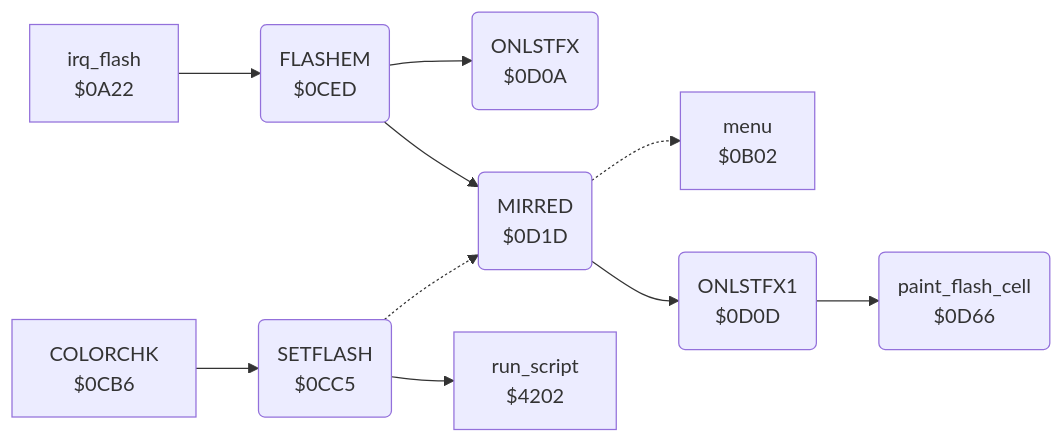
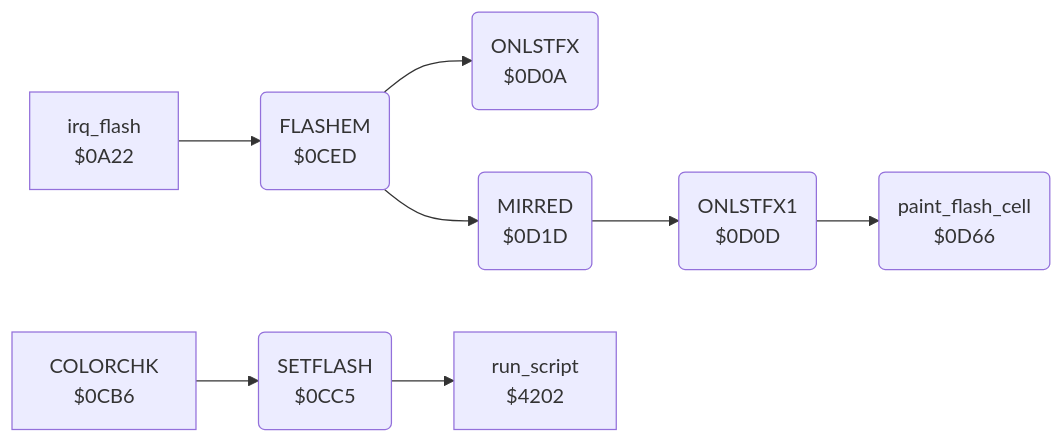
One commit to henols/c64_games changed the diagram in koala_painter/v1/docs/reference/modules/menu/flash.md. Above: the diagram before and after it, drawn with Mermaid. The commit also changed other lines of this file and 1100 other files, not shown here.

````diff
--- a/koala_painter/v1/docs/reference/modules/menu/flash.md
+++ b/koala_painter/v1/docs/reference/modules/menu/flash.md
@@ -10,22 +21,19 @@
 ```mermaid
 flowchart LR
   n0a22["irq_flash<br/>$0A22"]
-  n0b02["menu<br/>$0B02"]
   n0cb6["COLORCHK<br/>$0CB6"]
   n0cc5("SETFLASH<br/>$0CC5")
   n0ced("FLASHEM<br/>$0CED")
   n0d0a("ONLSTFX<br/>$0D0A")
   n0d0d("ONLSTFX1<br/>$0D0D")
   n0d1d("MIRRED<br/>$0D1D")
   n0d66("paint_flash_cell<br/>$0D66")
   n4202["run_script<br/>$4202"]
   n0a22 --> n0ced
   n0cb6 --> n0cc5
-  n0cc5 -.-> n0d1d
   n0cc5 --> n4202
   n0ced --> n0d0a
   n0ced --> n0d1d
   n0d0d --> n0d66
-  n0d1d -.-> n0b02
   n0d1d --> n0d0d
 ```
````
